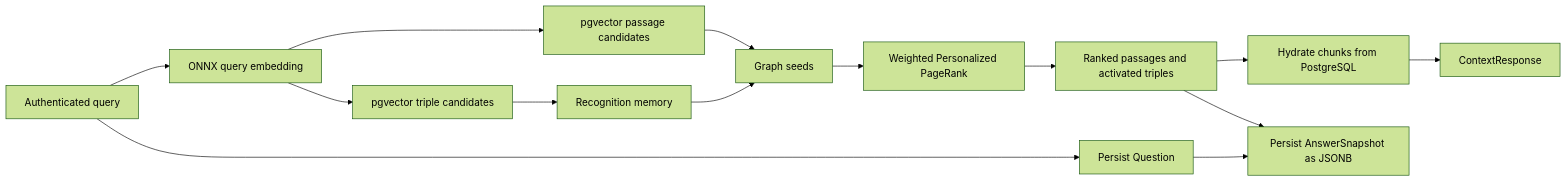
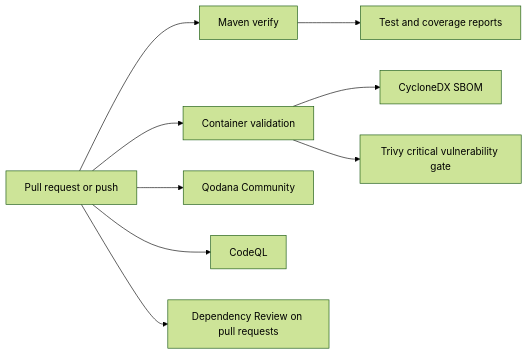
The third of 4 diagrams in README.md (Luca5Eckert/Kairos), drawn with Mermaid (forest theme) before and after one commit. The commit also changed other lines of this file and 3 other files, not shown here.

````diff
--- a/README.md
+++ b/README.md
@@ -211,16 +212,11 @@
 ```mermaid
 flowchart LR
-    query[Authenticated query] --> embedding[ONNX query embedding]
-    embedding --> passageCandidates[pgvector passage candidates]
-    embedding --> tripleCandidates[pgvector triple candidates]
-    tripleCandidates --> recognition[Recognition memory]
-    passageCandidates --> seeds[Graph seeds]
-    recognition --> seeds
-    seeds --> ppr[Weighted Personalized PageRank]
-    ppr --> ranked[Ranked passages and activated triples]
-    ranked --> hydrate[Hydrate chunks from PostgreSQL]
-    hydrate --> response[ContextResponse]
-    query --> question[Persist Question]
-    ranked --> snapshot[Persist AnswerSnapshot as JSONB]
-    question --> snapshot
+    event[Pull request or push] --> validation[Maven verify]
+    event --> container[Container validation]
+    event --> quality[Qodana Community]
+    event --> security[CodeQL]
+    event --> dependency[Dependency Review on pull requests]
+    validation --> reports[Test and coverage reports]
+    container --> sbom[CycloneDX SBOM]
+    container --> trivy[Trivy critical vulnerability gate]
 ```
````
